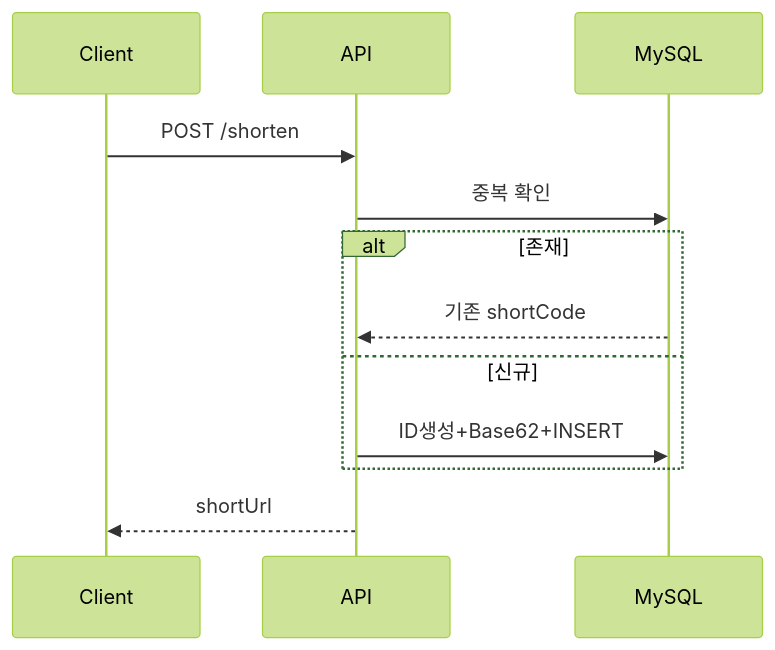
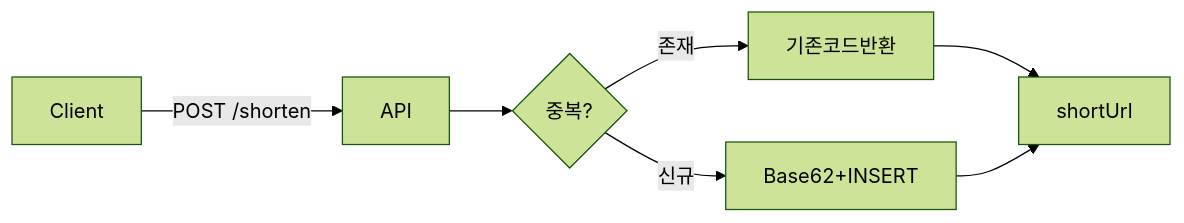
Before and after one commit to yjkim2015/yjkim2015.github.io: the third of 8 diagrams in _posts/systemdesign/2026-05-02-system-design-url-shortener.md, drawn with Mermaid (forest theme). The commit also changed other lines of this file and 163 other files, not shown here.

First line of the commit message:
Mermaid 300개 블록 내용 축소: 5노드 5엣지 이하, 의미 있는 약어

````diff
--- a/_posts/systemdesign/2026-05-02-system-design-url-shortener.md
+++ b/_posts/systemdesign/2026-05-02-system-design-url-shortener.md
@@ -182,14 +178,8 @@
 ```mermaid
-sequenceDiagram
-    participant C as Client
-    participant API
-    participant DB as MySQL
-    C->>API: POST /shorten
-    API->>DB: 중복 확인
-    alt 존재
-        DB-->>API: 기존 shortCode
-    else 신규
-        API->>DB: ID생성+Base62+INSERT
-    end
-    API-->>C: shortUrl
+graph LR
+    A[Client] -->|POST /shorten| B[API]
+    B --> C{중복?}
+    C -->|존재| D[기존코드반환]
+    C -->|신규| E[Base62+INSERT]
+    D & E --> F[shortUrl]
 ```
````
